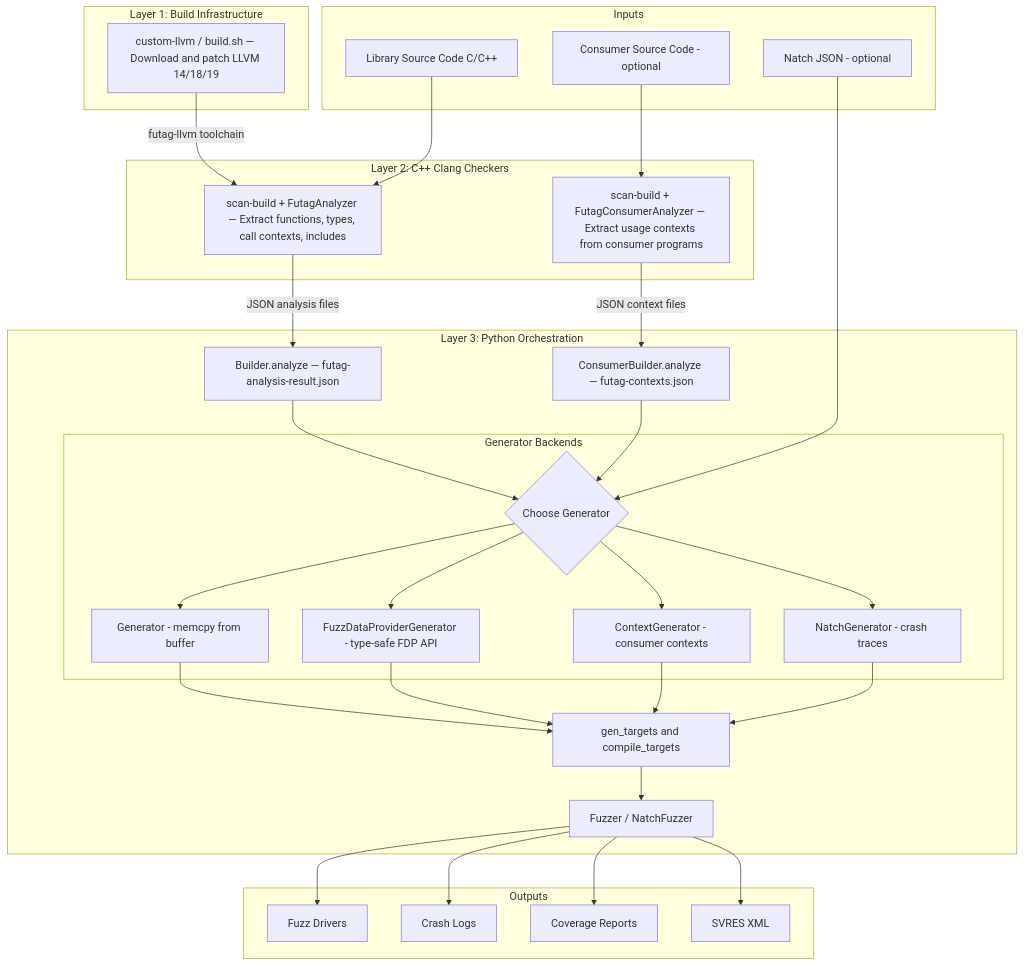
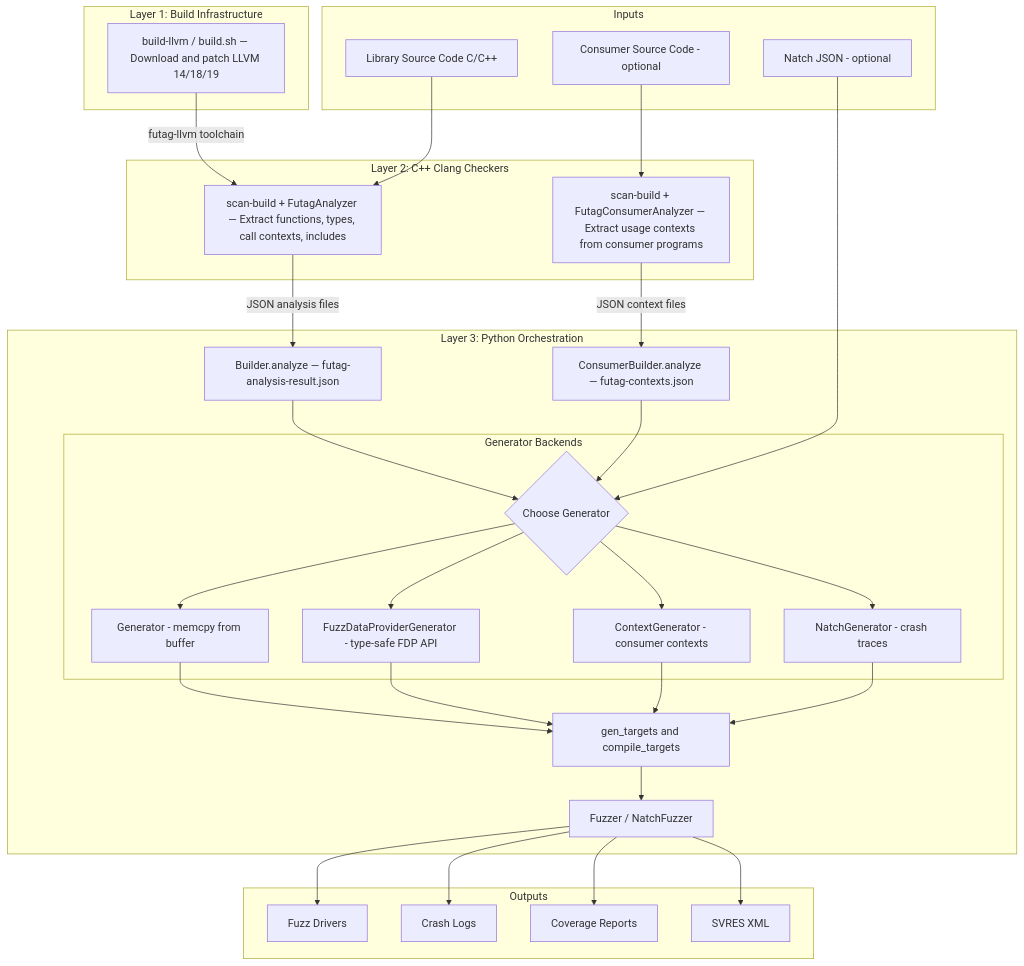
Before and after one commit to ispras/Futag: the diagram in README.en.md, drawn with Mermaid. The commit also changed other lines of this file and 5 other files, not shown here.

````diff
--- a/README.en.md
+++ b/README.en.md
@@ -36,53 +36,53 @@
 ```mermaid
 graph TD
     subgraph Inputs
         A["Library Source Code C/C++"]
         B["Consumer Source Code - optional"]
         C["Natch JSON - optional"]
     end
 
     subgraph "Layer 1: Build Infrastructure"
-        D["custom-llvm / build.sh — Download and patch LLVM 14/18/19"]
+        D["build-llvm / build.sh — Download and patch LLVM 14/18/19"]
     end
 
     D -->|"futag-llvm toolchain"| E
 
     subgraph "Layer 2: C++ Clang Checkers"
         E["scan-build + FutagAnalyzer — Extract functions, types, call contexts, includes"]
         F["scan-build + FutagConsumerAnalyzer — Extract usage contexts from consumer programs"]
     end
 
     A --> E
     B --> F
     E -->|"JSON analysis files"| G
     F -->|"JSON context files"| H
 
     subgraph "Layer 3: Python Orchestration"
         G["Builder.analyze — futag-analysis-result.json"]
         H["ConsumerBuilder.analyze — futag-contexts.json"]
 
         G --> I
         H --> I
         C --> I
 
         subgraph "Generator Backends"
             I{"Choose Generator"}
             I --> J1["Generator - memcpy from buffer"]
             I --> J2["FuzzDataProviderGenerator - type-safe FDP API"]
             I --> J3["ContextGenerator - consumer contexts"]
             I --> J4["NatchGenerator - crash traces"]
         end
 
         J1 & J2 & J3 & J4  --> K["gen_targets and compile_targets"]
         K --> L["Fuzzer / NatchFuzzer"]
     end
 
     subgraph Outputs
         M["Fuzz Drivers"]
         N["Crash Logs"]
         O["Coverage Reports"]
         P["SVRES XML"]
     end
 
     L --> M & N & O & P
 ```
````
